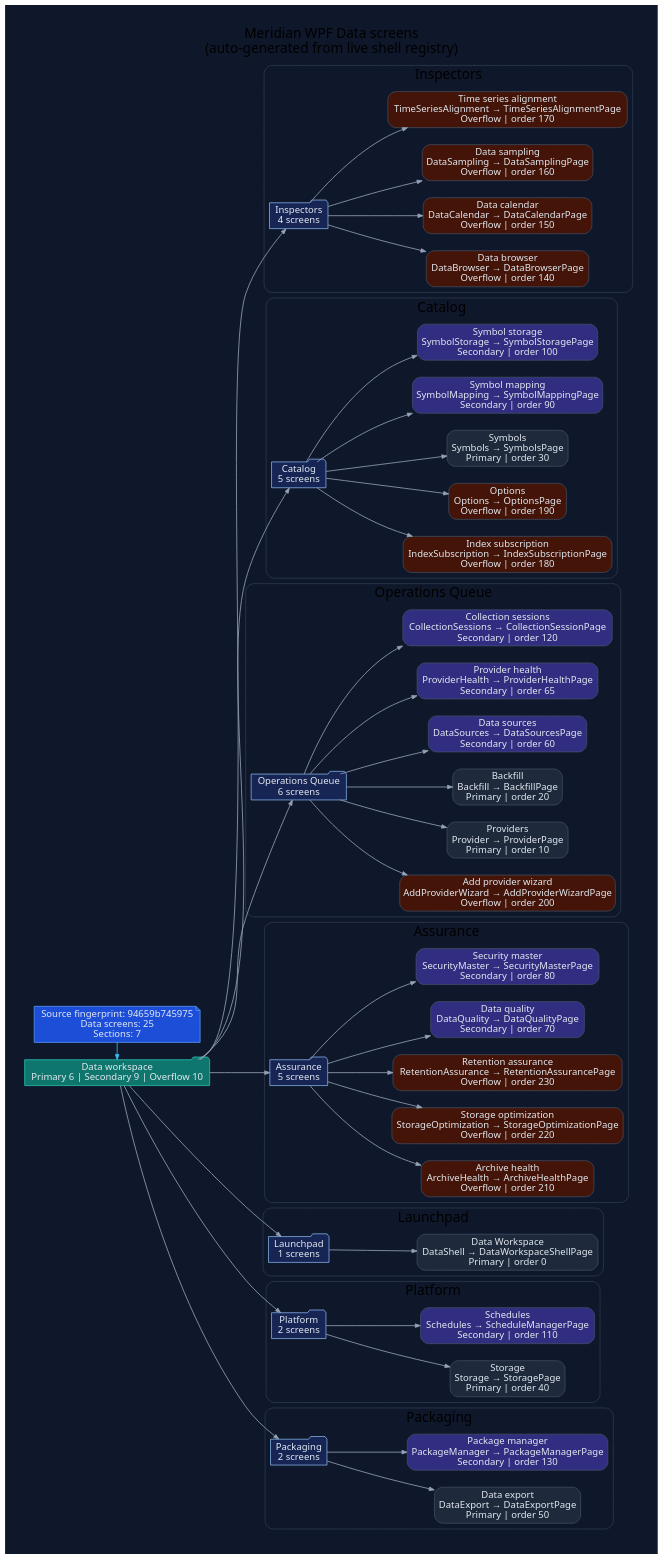
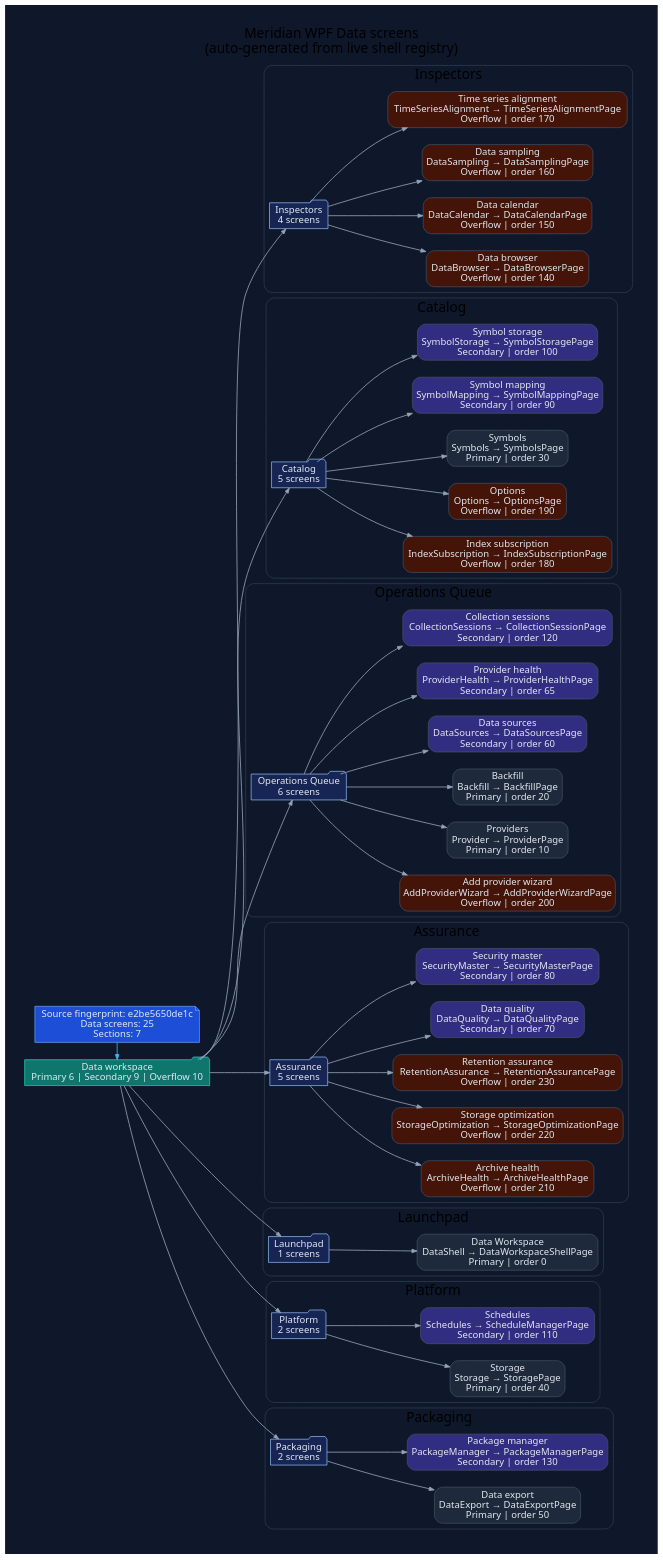
Before and after one commit to rodoHasArrived/Meridian-main: the diagram in docs/diagrams/ui/ui-wpf-screens-data.dot, drawn with Graphviz. The commit also changed 48 other files, not shown here.

```diff
--- a/docs/diagrams/ui/ui-wpf-screens-data.dot
+++ b/docs/diagrams/ui/ui-wpf-screens-data.dot
@@ -1,132 +1,132 @@
 // -----------------------------------------------------------------------------
 // <auto-generated>
 // Generated by scripts/generate-diagrams.mjs.
 // Do not edit this file directly; update the WPF source files instead.
 // -----------------------------------------------------------------------------
 digraph WpfDataScreens {
   graph [
     rankdir=LR,
     labelloc=t,
     label="Meridian WPF Data screens\n(auto-generated from live shell registry)",
     fontname="Segoe UI",
     fontsize=20,
     pad=0.4,
     nodesep=0.35,
     ranksep=0.85,
     bgcolor="#0f172a"
   ];
   node [fontname="Segoe UI", shape=box, style="rounded,filled", color="#475569", fontcolor="#e2e8f0", fillcolor="#1e293b"];
   edge [fontname="Segoe UI", color="#94a3b8", penwidth=1.2, arrowsize=0.75];
 
-  generated [shape=note, fillcolor="#1d4ed8", color="#60a5fa", label="Source fingerprint: 94659b745975\nData screens: 25\nSections: 7"];
+  generated [shape=note, fillcolor="#1d4ed8", color="#60a5fa", label="Source fingerprint: e2be5650de1c\nData screens: 25\nSections: 7"];
   workspace [shape=folder, fillcolor="#0f766e", color="#2dd4bf", label="Data workspace\nPrimary 6 | Secondary 9 | Overflow 10"];
   generated -> workspace [color="#38bdf8"];
 
   subgraph cluster_section_1 {
     label="Inspectors";
     color="#334155";
     style="rounded";
     section_1 [shape=folder, fillcolor="#172554", color="#93c5fd", label="Inspectors\n4 screens"];
     workspace -> section_1;
     screen_DataBrowser [fillcolor="#431407", label="Data browser\nDataBrowser → DataBrowserPage\nOverflow | order 140"];
     section_1 -> screen_DataBrowser;
     screen_DataCalendar [fillcolor="#431407", label="Data calendar\nDataCalendar → DataCalendarPage\nOverflow | order 150"];
     section_1 -> screen_DataCalendar;
     screen_DataSampling [fillcolor="#431407", label="Data sampling\nDataSampling → DataSamplingPage\nOverflow | order 160"];
     section_1 -> screen_DataSampling;
     screen_TimeSeriesAlignment [fillcolor="#431407", label="Time series alignment\nTimeSeriesAlignment → TimeSeriesAlignmentPage\nOverflow | order 170"];
     section_1 -> screen_TimeSeriesAlignment;
   }
 
   subgraph cluster_section_2 {
     label="Catalog";
     color="#334155";
     style="rounded";
     section_2 [shape=folder, fillcolor="#172554", color="#93c5fd", label="Catalog\n5 screens"];
     workspace -> section_2;
     screen_IndexSubscription [fillcolor="#431407", label="Index subscription\nIndexSubscription → IndexSubscriptionPage\nOverflow | order 180"];
     section_2 -> screen_IndexSubscription;
     screen_Options [fillcolor="#431407", label="Options\nOptions → OptionsPage\nOverflow | order 190"];
     section_2 -> screen_Options;
     screen_Symbols [fillcolor="#1e293b", label="Symbols\nSymbols → SymbolsPage\nPrimary | order 30"];
     section_2 -> screen_Symbols;
     screen_SymbolMapping [fillcolor="#312e81", label="Symbol mapping\nSymbolMapping → SymbolMappingPage\nSecondary | order 90"];
     section_2 -> screen_SymbolMapping;
     screen_SymbolStorage [fillcolor="#312e81", label="Symbol storage\nSymbolStorage → SymbolStoragePage\nSecondary | order 100"];
     section_2 -> screen_SymbolStorage;
   }
 
   subgraph cluster_section_3 {
     label="Operations Queue";
     color="#334155";
     style="rounded";
     section_3 [shape=folder, fillcolor="#172554", color="#93c5fd", label="Operations Queue\n6 screens"];
     workspace -> section_3;
     screen_AddProviderWizard [fillcolor="#431407", label="Add provider wizard\nAddProviderWizard → AddProviderWizardPage\nOverflow | order 200"];
     section_3 -> screen_AddProviderWizard;
     screen_Provider [fillcolor="#1e293b", label="Providers\nProvider → ProviderPage\nPrimary | order 10"];
     section_3 -> screen_Provider;
     screen_Backfill [fillcolor="#1e293b", label="Backfill\nBackfill → BackfillPage\nPrimary | order 20"];
     section_3 -> screen_Backfill;
     screen_DataSources [fillcolor="#312e81", label="Data sources\nDataSources → DataSourcesPage\nSecondary | order 60"];
     section_3 -> screen_DataSources;
     screen_ProviderHealth [fillcolor="#312e81", label="Provider health\nProviderHealth → ProviderHealthPage\nSecondary | order 65"];
     section_3 -> screen_ProviderHealth;
     screen_CollectionSessions [fillcolor="#312e81", label="Collection sessions\nCollectionSessions → CollectionSessionPage\nSecondary | order 120"];
     section_3 -> screen_CollectionSessions;
   }
 
   subgraph cluster_section_4 {
     label="Assurance";
     color="#334155";
     style="rounded";
     section_4 [shape=folder, fillcolor="#172554", color="#93c5fd", label="Assurance\n5 screens"];
     workspace -> section_4;
     screen_ArchiveHealth [fillcolor="#431407", label="Archive health\nArchiveHealth → ArchiveHealthPage\nOverflow | order 210"];
     section_4 -> screen_ArchiveHealth;
     screen_StorageOptimization [fillcolor="#431407", label="Storage optimization\nStorageOptimization → StorageOptimizationPage\nOverflow | order 220"];
     section_4 -> screen_StorageOptimization;
     screen_RetentionAssurance [fillcolor="#431407", label="Retention assurance\nRetentionAssurance → RetentionAssurancePage\nOverflow | order 230"];
     section_4 -> screen_RetentionAssurance;
     screen_DataQuality [fillcolor="#312e81", label="Data quality\nDataQuality → DataQualityPage\nSecondary | order 70"];
     section_4 -> screen_DataQuality;
     screen_SecurityMaster [fillcolor="#312e81", label="Security master\nSecurityMaster → SecurityMasterPage\nSecondary | order 80"];
     section_4 -> screen_SecurityMaster;
   }
 
   subgraph cluster_section_5 {
     label="Launchpad";
     color="#334155";
     style="rounded";
     section_5 [shape=folder, fillcolor="#172554", color="#93c5fd", label="Launchpad\n1 screens"];
     workspace -> section_5;
     screen_DataShell [fillcolor="#1e293b", label="Data Workspace\nDataShell → DataWorkspaceShellPage\nPrimary | order 0"];
     section_5 -> screen_DataShell;
   }
 
   subgraph cluster_section_6 {
     label="Platform";
     color="#334155";
     style="rounded";
     section_6 [shape=folder, fillcolor="#172554", color="#93c5fd", label="Platform\n2 screens"];
     workspace -> section_6;
     screen_Storage [fillcolor="#1e293b", label="Storage\nStorage → StoragePage\nPrimary | order 40"];
     section_6 -> screen_Storage;
     screen_Schedules [fillcolor="#312e81", label="Schedules\nSchedules → ScheduleManagerPage\nSecondary | order 110"];
     section_6 -> screen_Schedules;
   }
 
   subgraph cluster_section_7 {
     label="Packaging";
     color="#334155";
     style="rounded";
     section_7 [shape=folder, fillcolor="#172554", color="#93c5fd", label="Packaging\n2 screens"];
     workspace -> section_7;
     screen_DataExport [fillcolor="#1e293b", label="Data export\nDataExport → DataExportPage\nPrimary | order 50"];
     section_7 -> screen_DataExport;
     screen_PackageManager [fillcolor="#312e81", label="Package manager\nPackageManager → PackageManagerPage\nSecondary | order 130"];
     section_7 -> screen_PackageManager;
   }
 
   { rank=min; generated; workspace; }
 }
```
